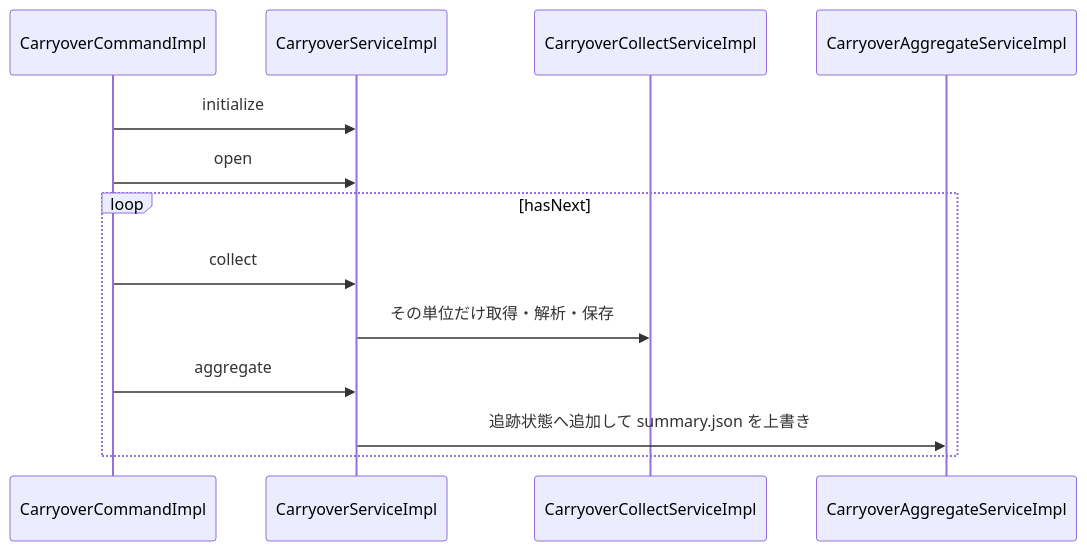
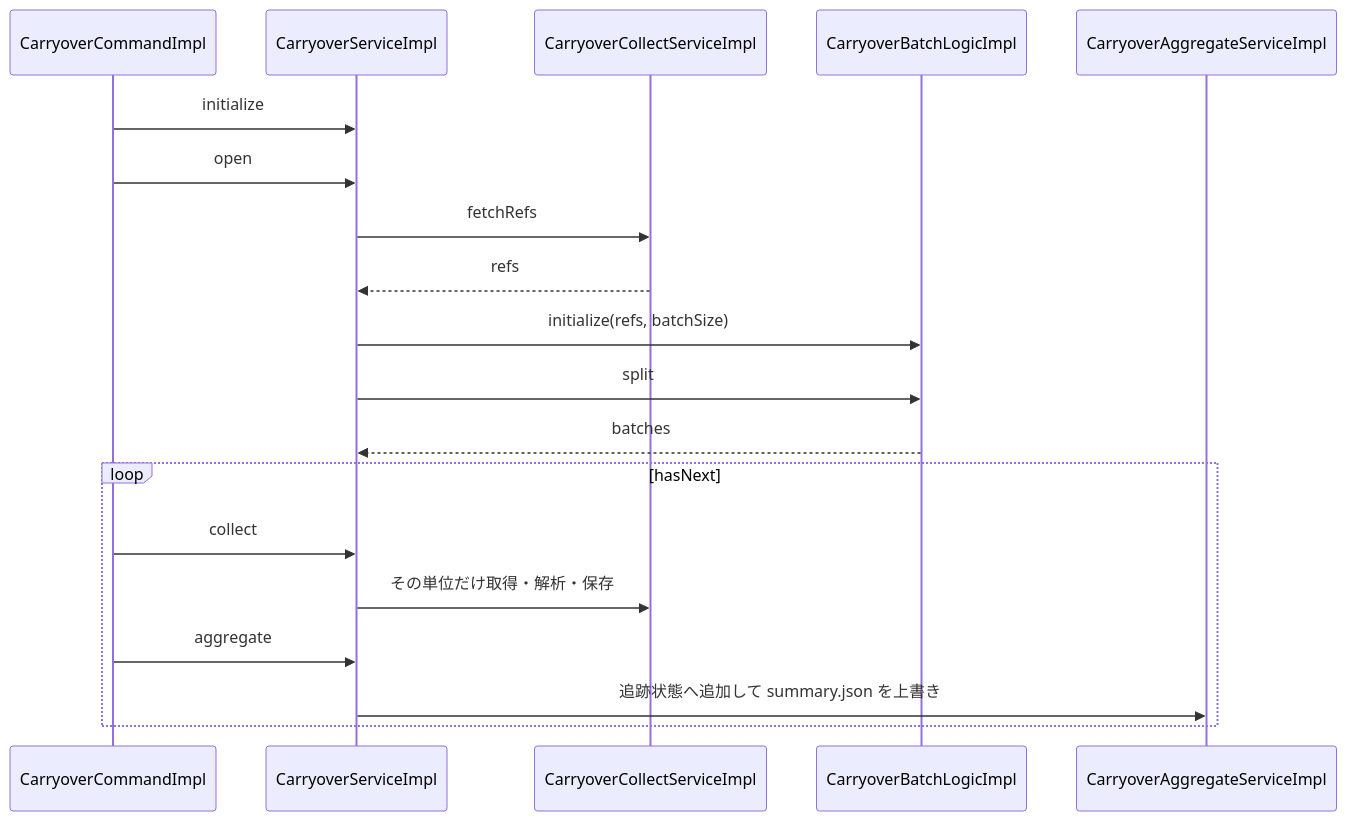
Before and after one commit to KenichiroArai/kb002_daily-tasks_doc: the first of 3 diagrams in docs/design/backend/03-processing.md, drawn with Mermaid. The commit also changed other lines of this file and 3 other files, not shown here.

First line of the commit message:
#3 索引の単位分割を CarryoverBatchLogic に切り出した設計へ合わせる

````diff
--- a/docs/design/backend/03-processing.md
+++ b/docs/design/backend/03-processing.md
@@ -46,15 +46,21 @@
 ```mermaid
 sequenceDiagram
   participant Command as CarryoverCommandImpl
   participant Service as CarryoverServiceImpl
   participant Collect as CarryoverCollectServiceImpl
+  participant Batch as CarryoverBatchLogicImpl
   participant Aggregate as CarryoverAggregateServiceImpl
   Command->>Service: initialize
   Command->>Service: open
+  Service->>Collect: fetchRefs
+  Collect-->>Service: refs
+  Service->>Batch: initialize(refs, batchSize)
+  Service->>Batch: split
+  Batch-->>Service: batches
   loop hasNext
     Command->>Service: collect
     Service->>Collect: その単位だけ取得・解析・保存
     Command->>Service: aggregate
     Service->>Aggregate: 追跡状態へ追加して summary.json を上書き
   end
 ```
````
